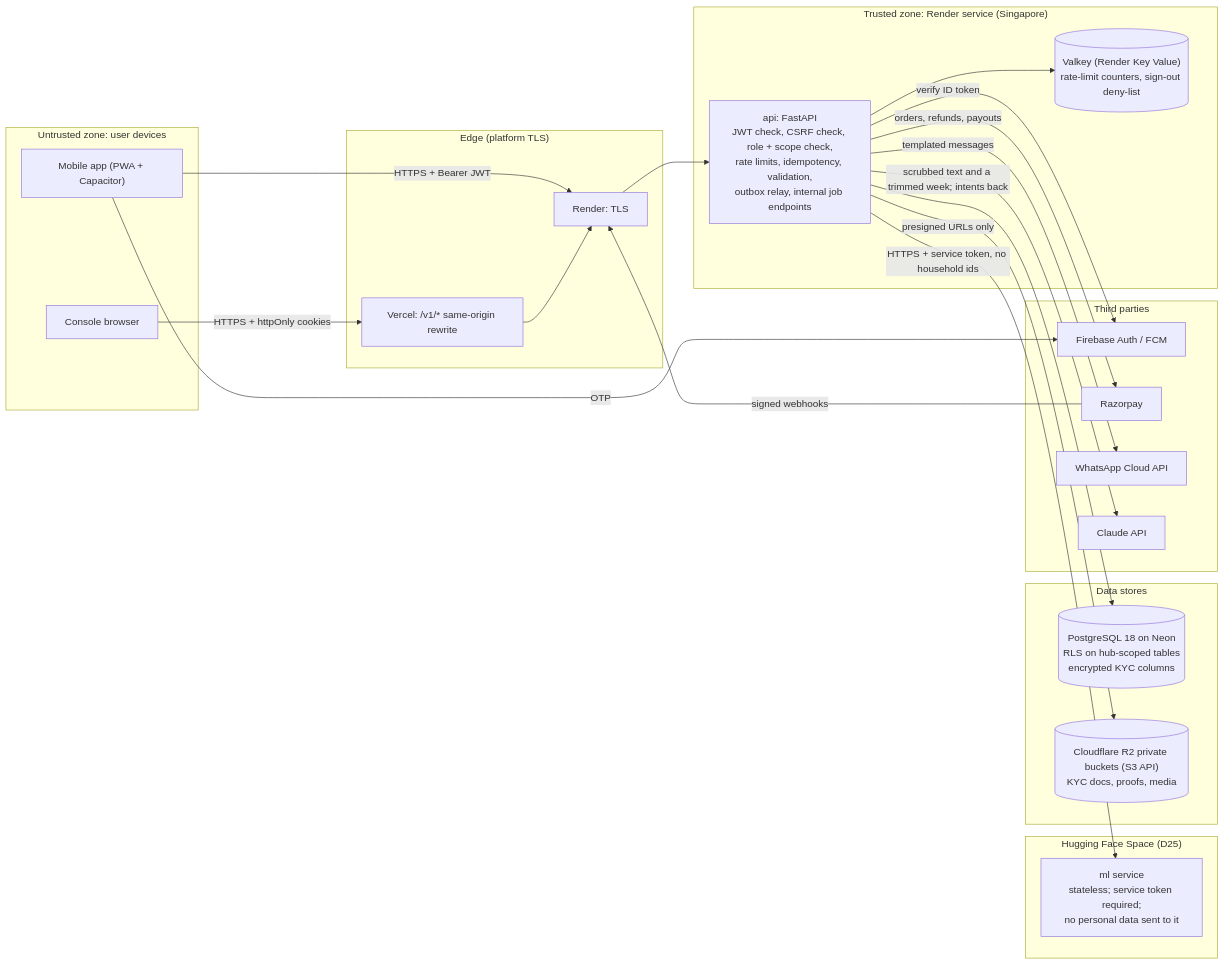
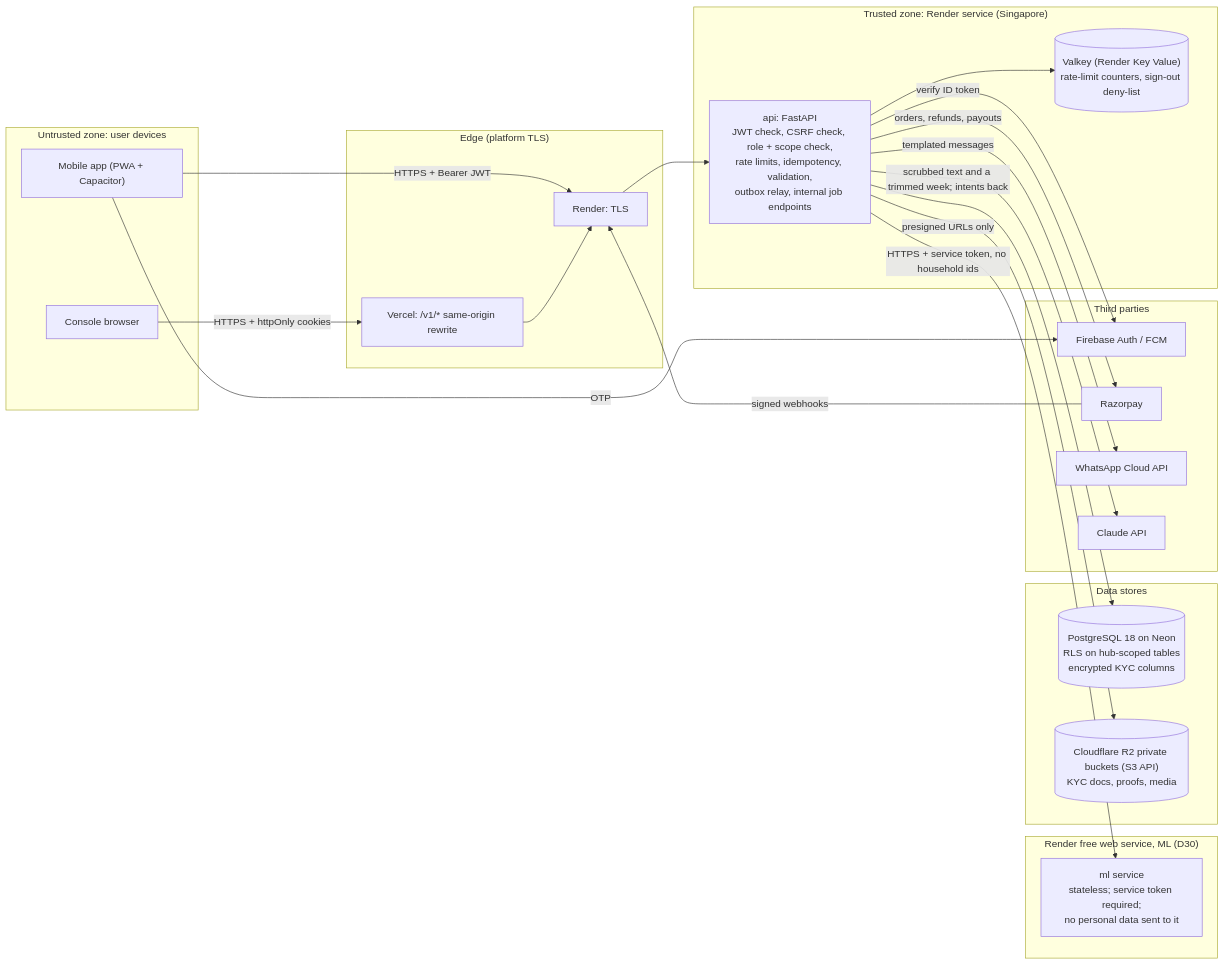
The diagram in docs/handbook/13-security-and-compliance.md (prelekar7/GharBasket), drawn with Mermaid before and after one commit. The commit also changed other lines of this file and 28 other files, not shown here.

First line of the commit message:
docs(intel): the ML service is on Render, the mandi collector on a VM; fix stale docs and contract gaps (#478)

````diff
--- a/docs/handbook/13-security-and-compliance.md
+++ b/docs/handbook/13-security-and-compliance.md
@@ -22,48 +22,48 @@
 ```mermaid
 flowchart LR
     subgraph Devices["Untrusted zone: user devices"]
         MOB["Mobile app (PWA + Capacitor)"]
         WEB["Console browser"]
     end
 
     subgraph Edge["Edge (platform TLS)"]
         VER["Vercel: /v1/* same-origin rewrite"]
         RTLS["Render: TLS"]
     end
 
     subgraph Trusted["Trusted zone: Render service (Singapore)"]
         API["api: FastAPI\nJWT check, CSRF check, role + scope check,\nrate limits, idempotency, validation,\noutbox relay, internal job endpoints"]
         VK[("Valkey (Render Key Value)\nrate-limit counters, sign-out deny-list")]
     end
 
-    subgraph Space["Hugging Face Space (D25)"]
+    subgraph MLhost["Render free web service, ML (D30)"]
         ML["ml service\nstateless; service token required;\nno personal data sent to it"]
     end
 
     subgraph Data["Data stores"]
         PG[("PostgreSQL 18 on Neon\nRLS on hub-scoped tables\nencrypted KYC columns")]
         S3[("Cloudflare R2 private buckets (S3 API)\nKYC docs, proofs, media")]
     end
 
     subgraph External["Third parties"]
         FB["Firebase Auth / FCM"]
         RZP["Razorpay"]
         WA["WhatsApp Cloud API"]
         LLM["Claude API"]
     end
 
     MOB -- "HTTPS + Bearer JWT" --> RTLS
     WEB -- "HTTPS + httpOnly cookies" --> VER
     VER --> RTLS
     RTLS --> API
     API --> PG
     API --> VK
     API -- "presigned URLs only" --> S3
     API -- "HTTPS + service token, no household ids" --> ML
     MOB -- "OTP" --> FB
     API -- "verify ID token" --> FB
     RZP -- "signed webhooks" --> RTLS
     API -- "orders, refunds, payouts" --> RZP
     API -- "templated messages" --> WA
     API -- "scrubbed text and a trimmed week; intents back" --> LLM
 ```
````
